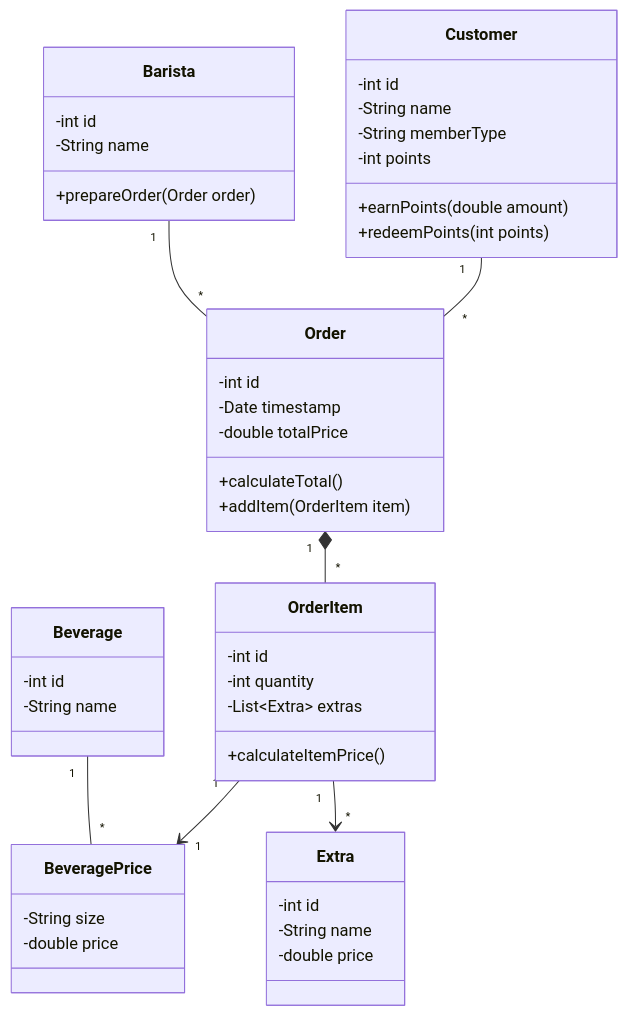
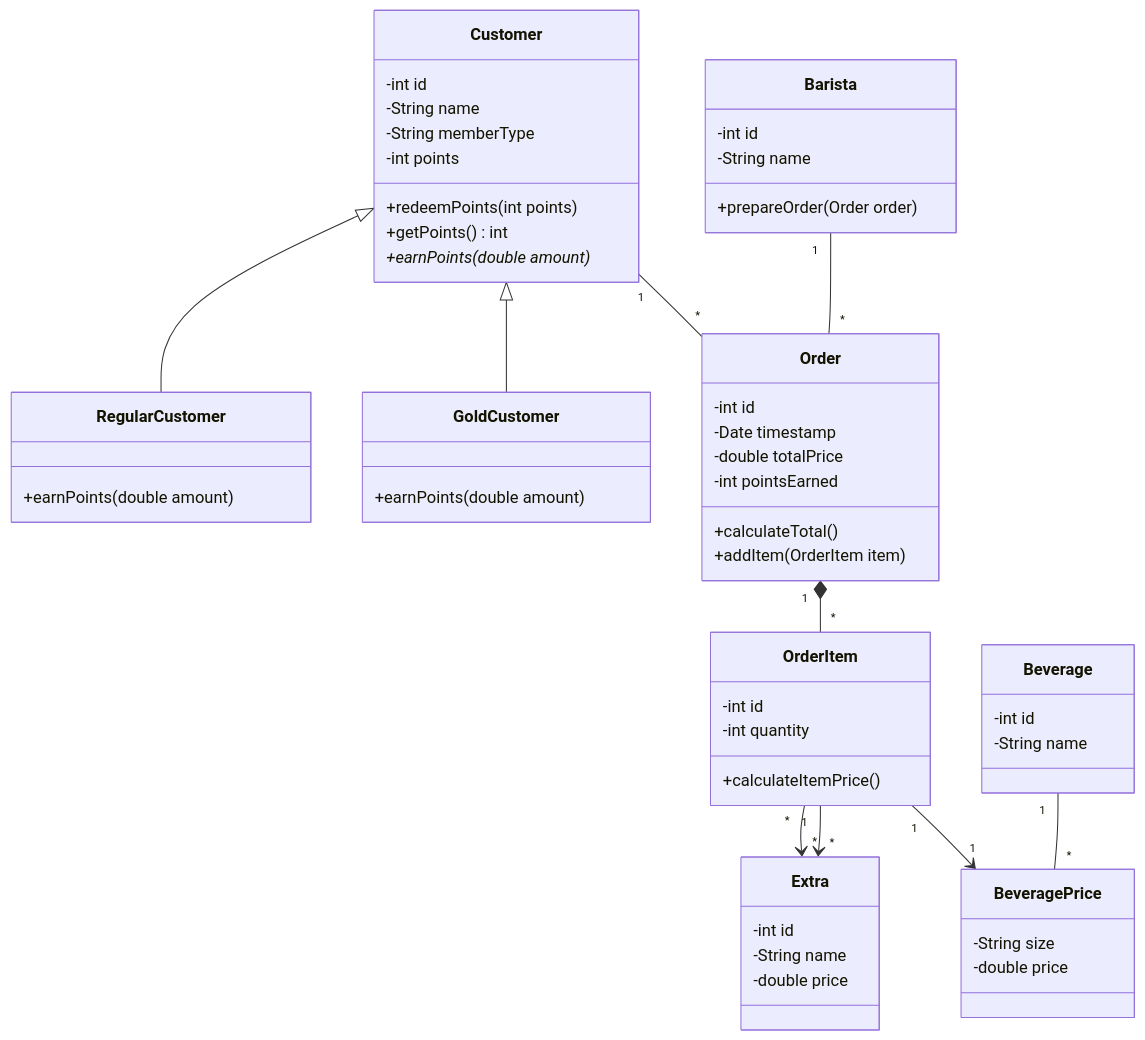
One commit to soniazagrean/Task changed the first of 2 diagrams in README.md. Above: the diagram before and after it, drawn with Mermaid. The commit also changed other lines of this file, not shown here.

Commit message:
fix diagrams

````diff
--- a/README.md
+++ b/README.md
@@ -15,49 +15,59 @@
 ```mermaid
 classDiagram
     class Customer {
         -int id
         -String name
         -String memberType
         -int points
+        +redeemPoints(int points)
+        +getPoints() int
+        +earnPoints(double amount)*
+    }
+    class RegularCustomer {
         +earnPoints(double amount)
-        +redeemPoints(int points)
+    }
+    class GoldCustomer {
+        +earnPoints(double amount)
     }
     class Barista {
         -int id
         -String name
         +prepareOrder(Order order)
     }
     class Order {
         -int id
         -Date timestamp
         -double totalPrice
+        -int pointsEarned
         +calculateTotal()
         +addItem(OrderItem item)
     }
     class OrderItem {
         -int id
         -int quantity
-        -List~Extra~ extras
         +calculateItemPrice()
     }
     class Beverage {
         -int id
         -String name
     }
     class BeveragePrice {
         -String size
         -double price
     }
     class Extra {
         -int id
         -String name
         -double price
     }
 
+    Customer <|-- RegularCustomer
+    Customer <|-- GoldCustomer
     Customer "1" -- "*" Order
     Barista "1" -- "*" Order
     Order "1" *-- "*" OrderItem
+    OrderItem "*" --> "*" Extra
     OrderItem "1" --> "1" BeveragePrice
     Beverage "1" -- "*" BeveragePrice
     OrderItem "1" --> "*" Extra
 ```
````
